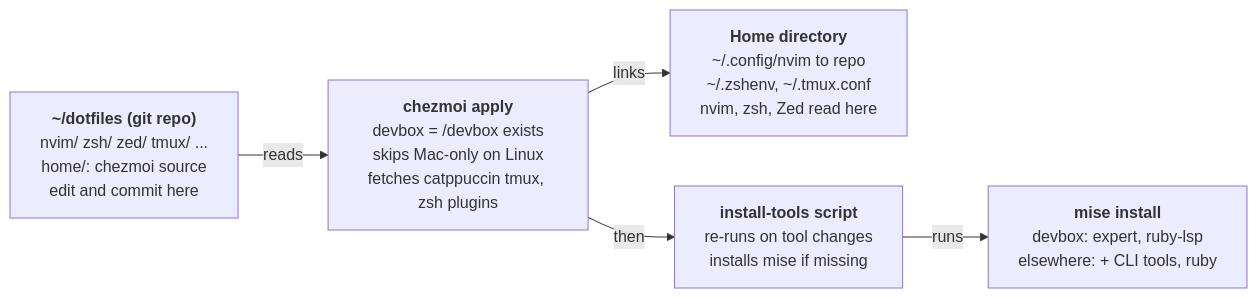
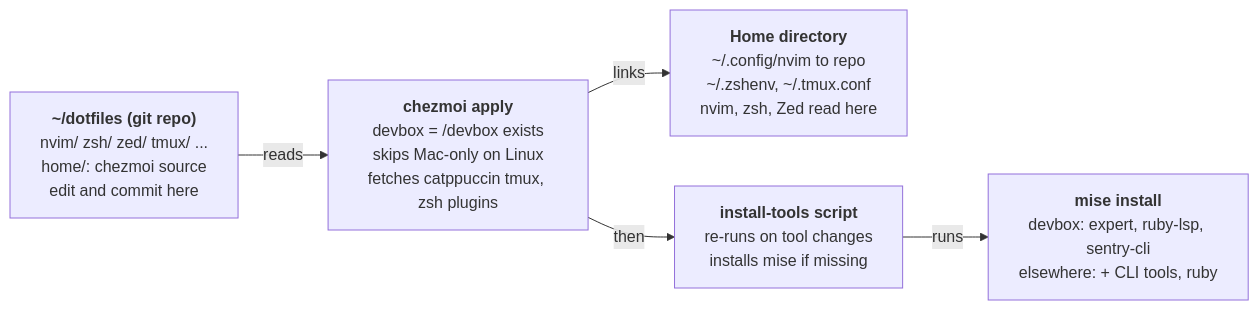
One commit to oddnugget/dotfiles changed the diagram in GUIDE.md. Above: the diagram before and after it, drawn with Mermaid. The commit also changed other lines of this file and 1 other file, not shown here.

Commit message:
add sentry cli in devbox

````diff
--- a/GUIDE.md
+++ b/GUIDE.md
@@ -15,13 +15,13 @@
 ```mermaid
 flowchart LR
     repo["<b>~/dotfiles (git repo)</b><br/>nvim/ zsh/ zed/ tmux/ ...<br/>home/: chezmoi source<br/>edit and commit here"]
     chezmoi["<b>chezmoi apply</b><br/>devbox = /devbox exists<br/>skips Mac-only on Linux<br/>fetches catppuccin tmux, zsh plugins"]
     home["<b>Home directory</b><br/>~/.config/nvim to repo<br/>~/.zshenv, ~/.tmux.conf<br/>nvim, zsh, Zed read here"]
     script["<b>install-tools script</b><br/>re-runs on tool changes<br/>installs mise if missing"]
-    mise["<b>mise install</b><br/>devbox: expert, ruby-lsp<br/>elsewhere: + CLI tools, ruby"]
+    mise["<b>mise install</b><br/>devbox: expert, ruby-lsp, sentry-cli<br/>elsewhere: + CLI tools, ruby"]
 
     repo -- reads --> chezmoi
     chezmoi -- links --> home
     chezmoi -- then --> script
     script -- runs --> mise
 ```
````
